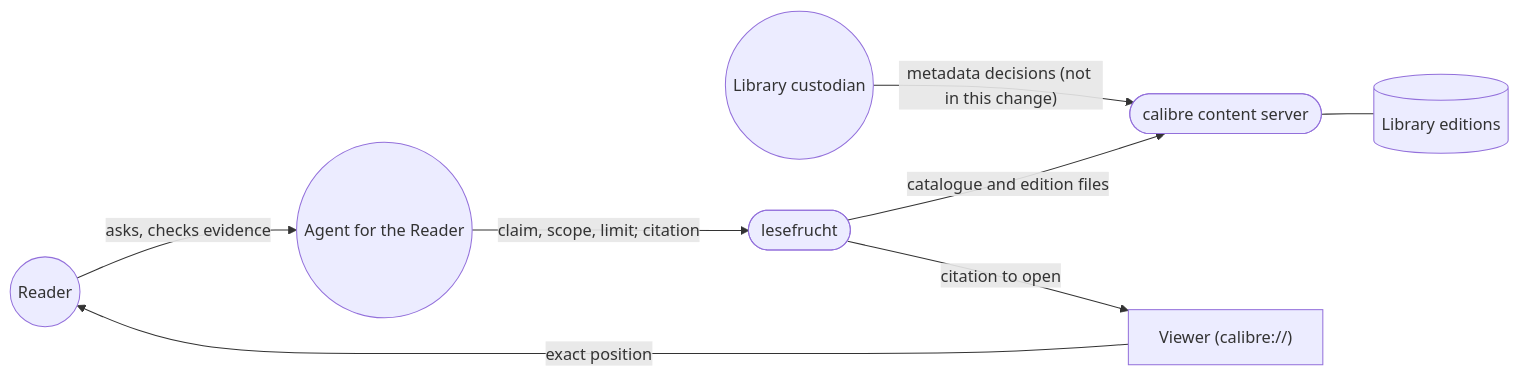
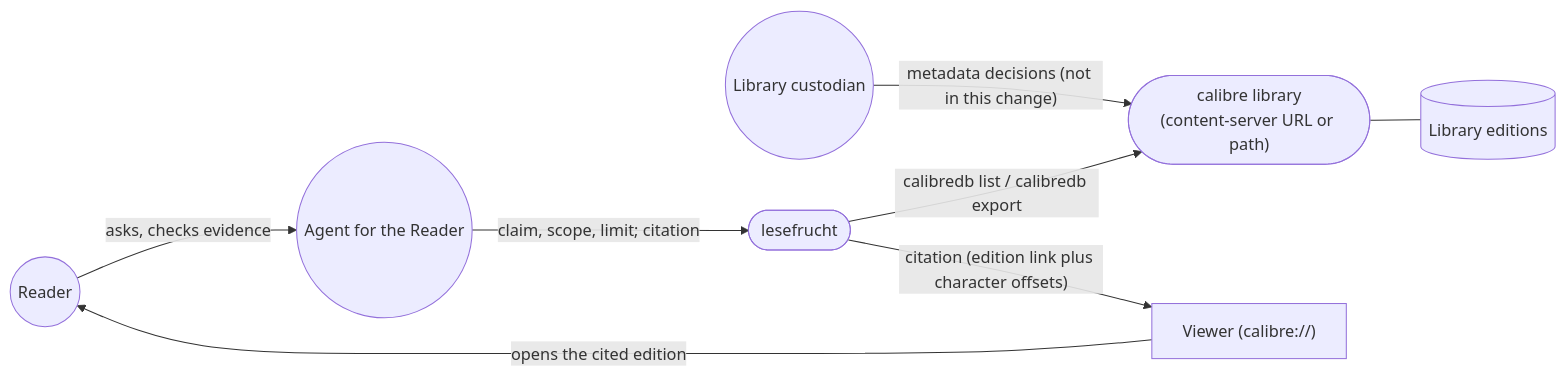
One commit to kressnerd/lesefrucht changed the first of 2 diagrams in docs/arc42/03-context-and-scope.md. Above: the diagram before and after it, drawn with Mermaid. The commit also changed other lines of this file and 23 other files, not shown here.

````diff
--- a/docs/arc42/03-context-and-scope.md
+++ b/docs/arc42/03-context-and-scope.md
@@ -8,18 +8,18 @@
 ```mermaid
 flowchart LR
   Reader(("Reader"))
   Agent(("Agent for the Reader"))
   Custodian(("Library custodian"))
   LH(["lesefrucht"])
-  Calibre(["calibre content server"])
+  Calibre(["calibre library<br/>(content-server URL or path)"])
   Books[("Library editions")]
   Viewer["Viewer (calibre://)"]
 
   Reader -->|"asks, checks evidence"| Agent
   Agent -->|"claim, scope, limit; citation"| LH
-  LH -->|"catalogue and edition files"| Calibre
+  LH -->|"calibredb list / calibredb export"| Calibre
   Calibre --- Books
-  LH -->|"citation to open"| Viewer
-  Viewer -->|"exact position"| Reader
+  LH -->|"citation (edition link plus character offsets)"| Viewer
+  Viewer -->|"opens the cited edition"| Reader
   Custodian -->|"metadata decisions (not in this change)"| Calibre
 ```
````
